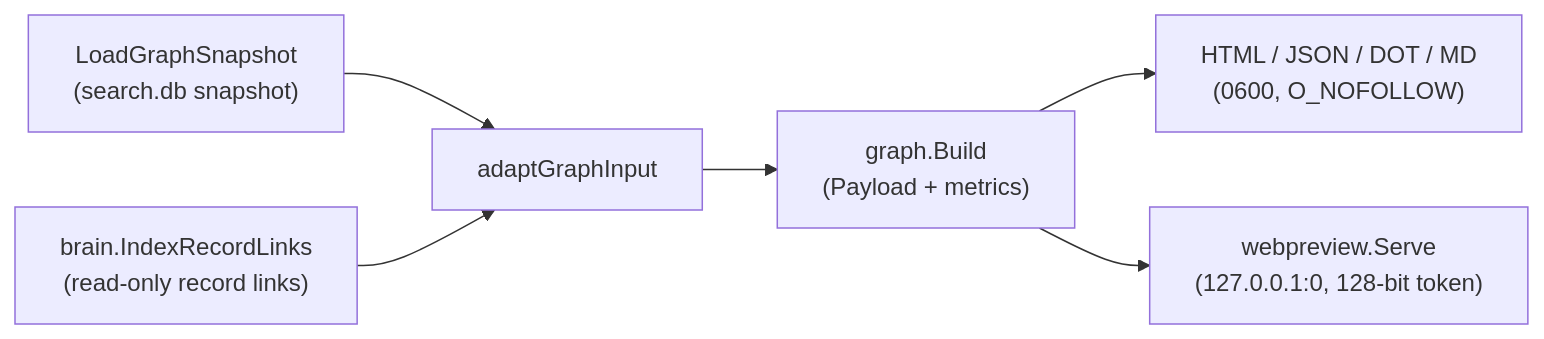
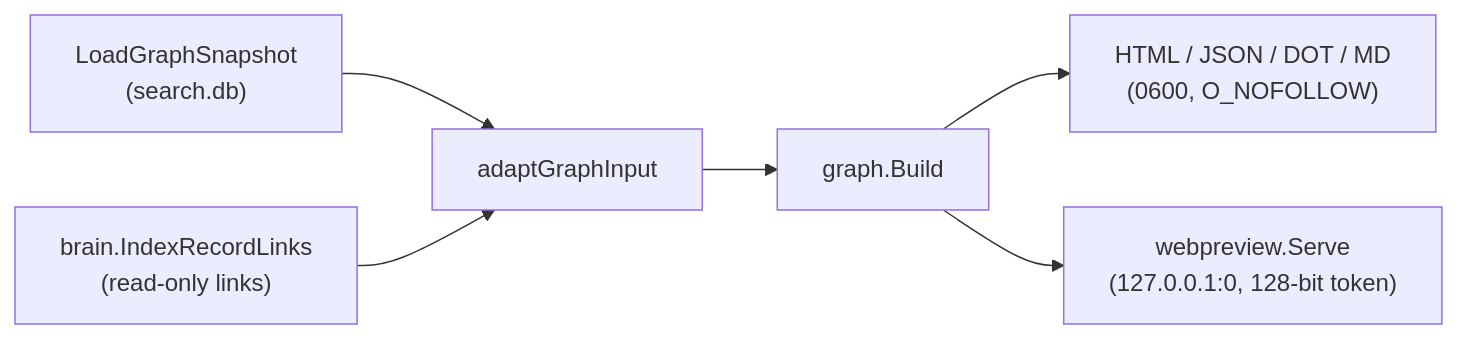
The seventh of 7 diagrams in features/hooks-and-ast-graph.md (kesokaj/fyr), drawn with Mermaid before and after one commit. The commit also changed other lines of this file and 3 other files, not shown here.

````diff
--- a/features/hooks-and-ast-graph.md
+++ b/features/hooks-and-ast-graph.md
@@ -199,8 +166,8 @@
 ```mermaid
 flowchart LR
-    snap["LoadGraphSnapshot\n(search.db snapshot)"] --> adapt["adaptGraphInput"]
-    links["brain.IndexRecordLinks\n(read-only record links)"] --> adapt
-    adapt --> build["graph.Build\n(Payload + metrics)"]
+    snap["LoadGraphSnapshot\n(search.db)"] --> adapt["adaptGraphInput"]
+    links["brain.IndexRecordLinks\n(read-only links)"] --> adapt
+    adapt --> build["graph.Build"]
     build --> fileOut["HTML / JSON / DOT / MD\n(0600, O_NOFOLLOW)"]
     build --> webSrv["webpreview.Serve\n(127.0.0.1:0, 128-bit token)"]
 ```
````
